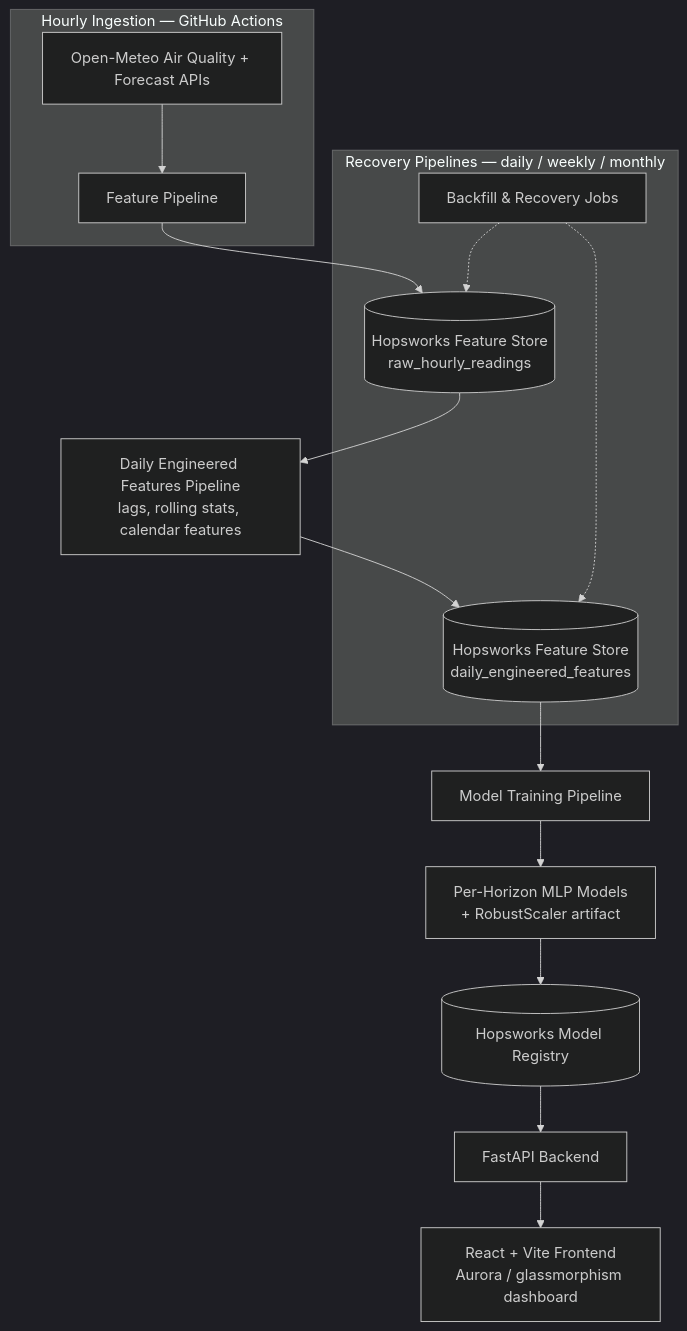
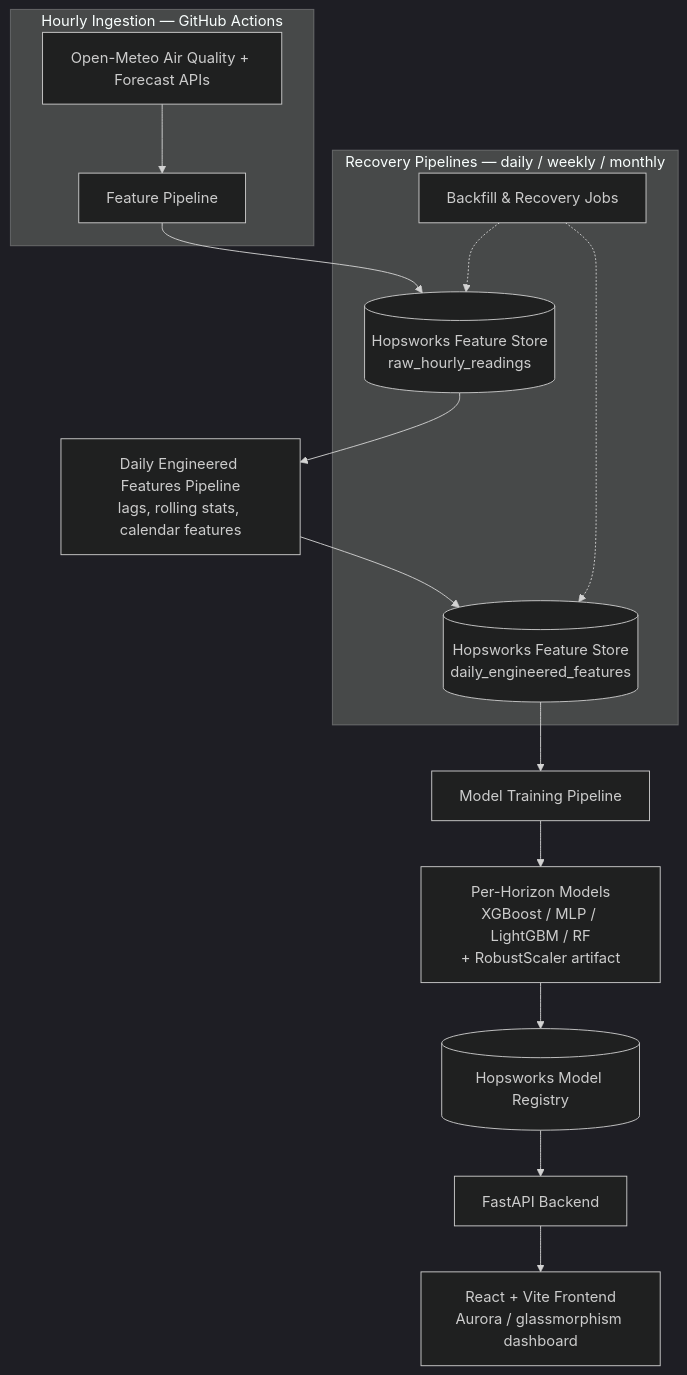
The diagram in README.md (ali591195/aura-pearls-aqi-predictor), drawn with Mermaid (dark theme) before and after one commit. The commit also changed other lines of this file and 3 other files, not shown here.

````diff
--- a/README.md
+++ b/README.md
@@ -32,19 +32,19 @@
 ```mermaid
 flowchart TD
     subgraph Ingestion["Hourly Ingestion — GitHub Actions"]
         A[Open-Meteo Air Quality + Forecast APIs] --> B[Feature Pipeline]
     end
     B --> C[(Hopsworks Feature Store<br/>raw_hourly_readings)]
     C --> D[Daily Engineered Features Pipeline<br/>lags, rolling stats, calendar features]
     D --> E[(Hopsworks Feature Store<br/>daily_engineered_features)]
     E --> F[Model Training Pipeline]
-    F --> G[Per-Horizon MLP Models<br/>+ RobustScaler artifact]
+    F --> G[Per-Horizon Models<br/>XGBoost / MLP / LightGBM / RF<br/>+ RobustScaler artifact]
     G --> H[(Hopsworks Model Registry)]
     H --> I[FastAPI Backend]
     I --> J[React + Vite Frontend<br/>Aurora / glassmorphism dashboard]
 
     subgraph Recovery["Recovery Pipelines — daily / weekly / monthly"]
         K[Backfill & Recovery Jobs] -.-> C
         K -.-> E
     end
 ```
````
